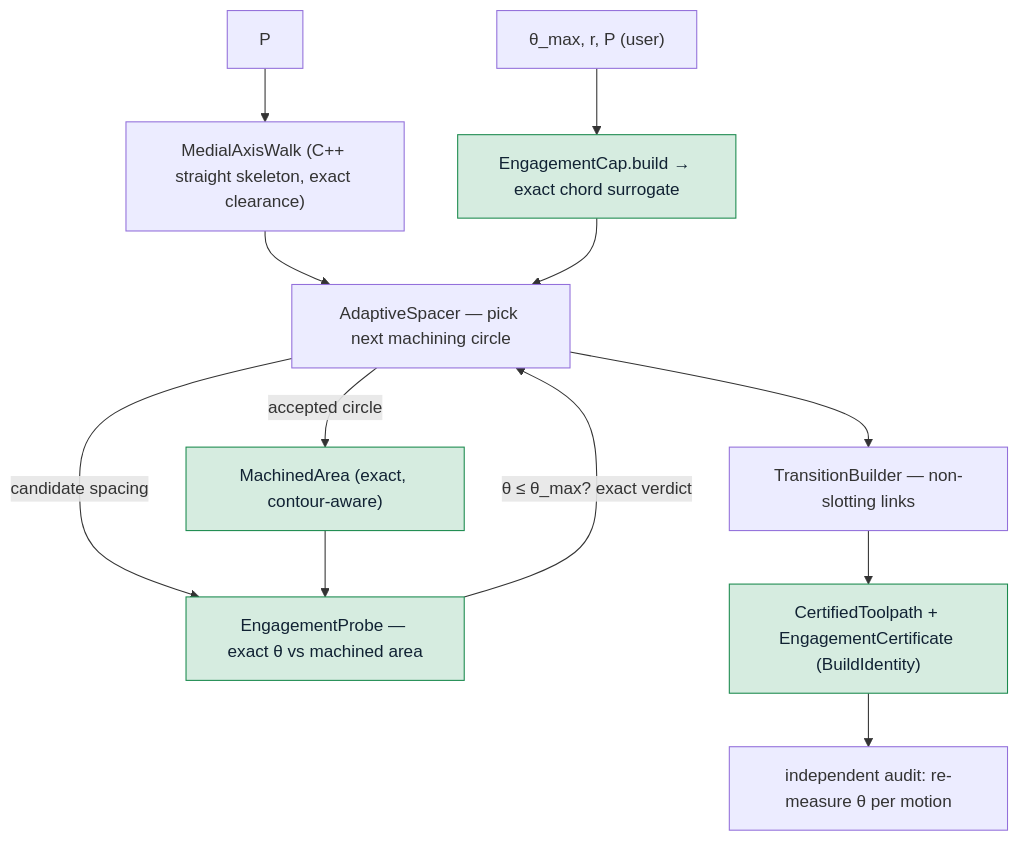
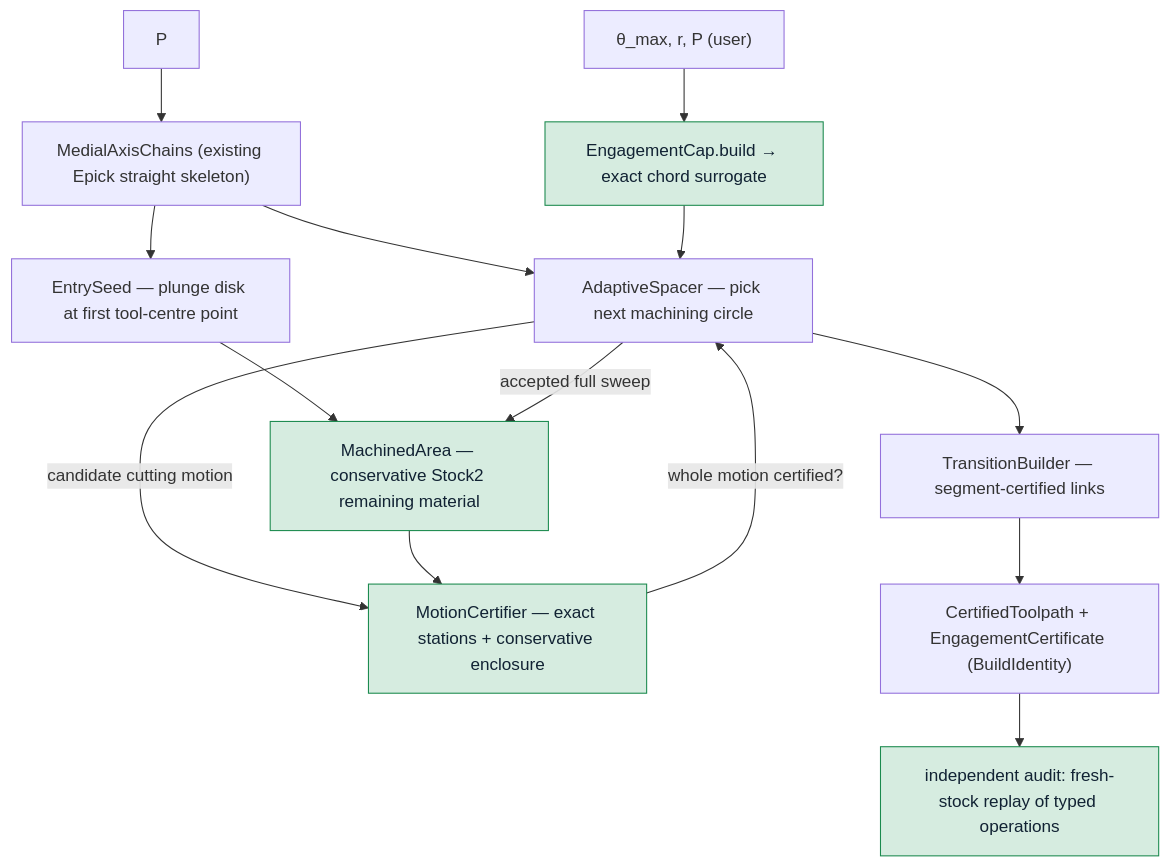
The diagram in docs/superpowers/specs/2026-07-24-exact-certified-adaptive-trochoidal-design.md (jf---/compas_cgal), drawn with Mermaid before and after one commit. The commit also changed other lines of this file, not shown here.

Commit message:
docs(spec): repair exact certificate contract

````diff
--- a/docs/superpowers/specs/2026-07-24-exact-certified-adaptive-trochoidal-design.md
+++ b/docs/superpowers/specs/2026-07-24-exact-certified-adaptive-trochoidal-design.md
@@ -41,16 +52,18 @@
 ```mermaid
 flowchart TD
   U["θ_max, r, P (user)"] --> CAP["EngagementCap.build → exact chord surrogate"]
-  P --> MA["MedialAxisWalk (C++ straight skeleton, exact clearance)"]
+  P --> MA["MedialAxisChains (existing Epick straight skeleton)"]
+  MA --> SEED["EntrySeed — plunge disk at first tool-centre point"]
+  SEED --> MAA
   MA --> SP["AdaptiveSpacer — pick next machining circle"]
   CAP --> SP
-  SP -->|candidate spacing| ENG["EngagementProbe — exact θ vs machined area"]
-  MAA["MachinedArea (exact, contour-aware)"] --> ENG
-  ENG -->|θ ≤ θ_max? exact verdict| SP
-  SP -->|accepted circle| MAA
-  SP --> TR["TransitionBuilder — non-slotting links"]
+  SP -->|candidate cutting motion| ENG["MotionCertifier — exact stations + conservative enclosure"]
+  MAA["MachinedArea — conservative Stock2 remaining material"] --> ENG
+  ENG -->|whole motion certified?| SP
+  SP -->|accepted full sweep| MAA
+  SP --> TR["TransitionBuilder — segment-certified links"]
   TR --> PATH["CertifiedToolpath + EngagementCertificate (BuildIdentity)"]
-  PATH --> ORACLE["independent audit: re-measure θ per motion"]
+  PATH --> ORACLE["independent audit: fresh-stock replay of typed operations"]
   classDef exact fill:#d6ece0,stroke:#1b8a4e,color:#123;
-  class CAP,ENG,MAA,PATH exact;
+  class CAP,ENG,MAA,ORACLE exact;
 ```
````
